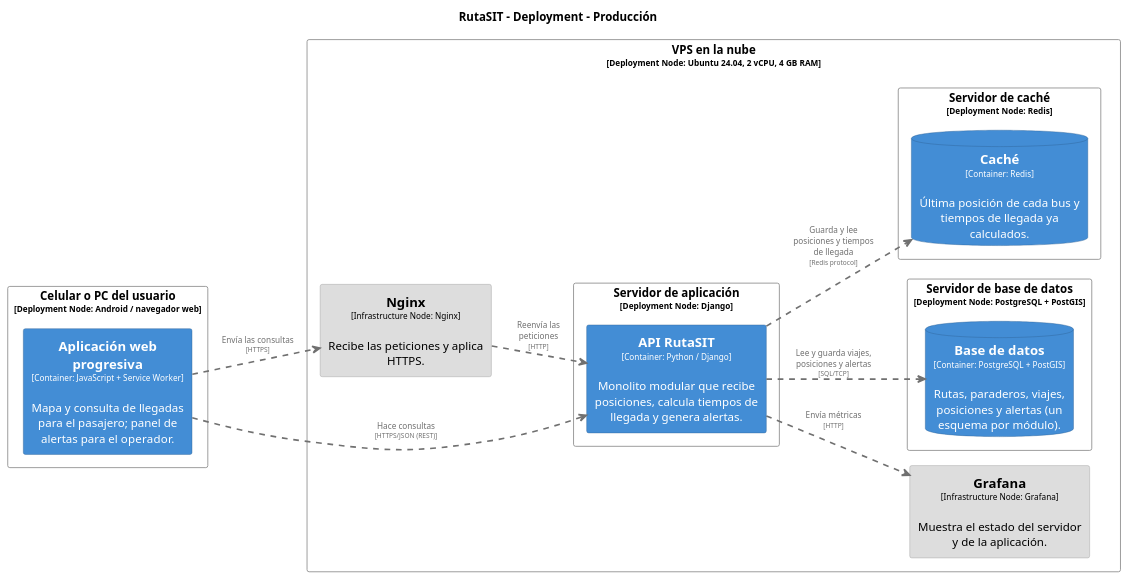
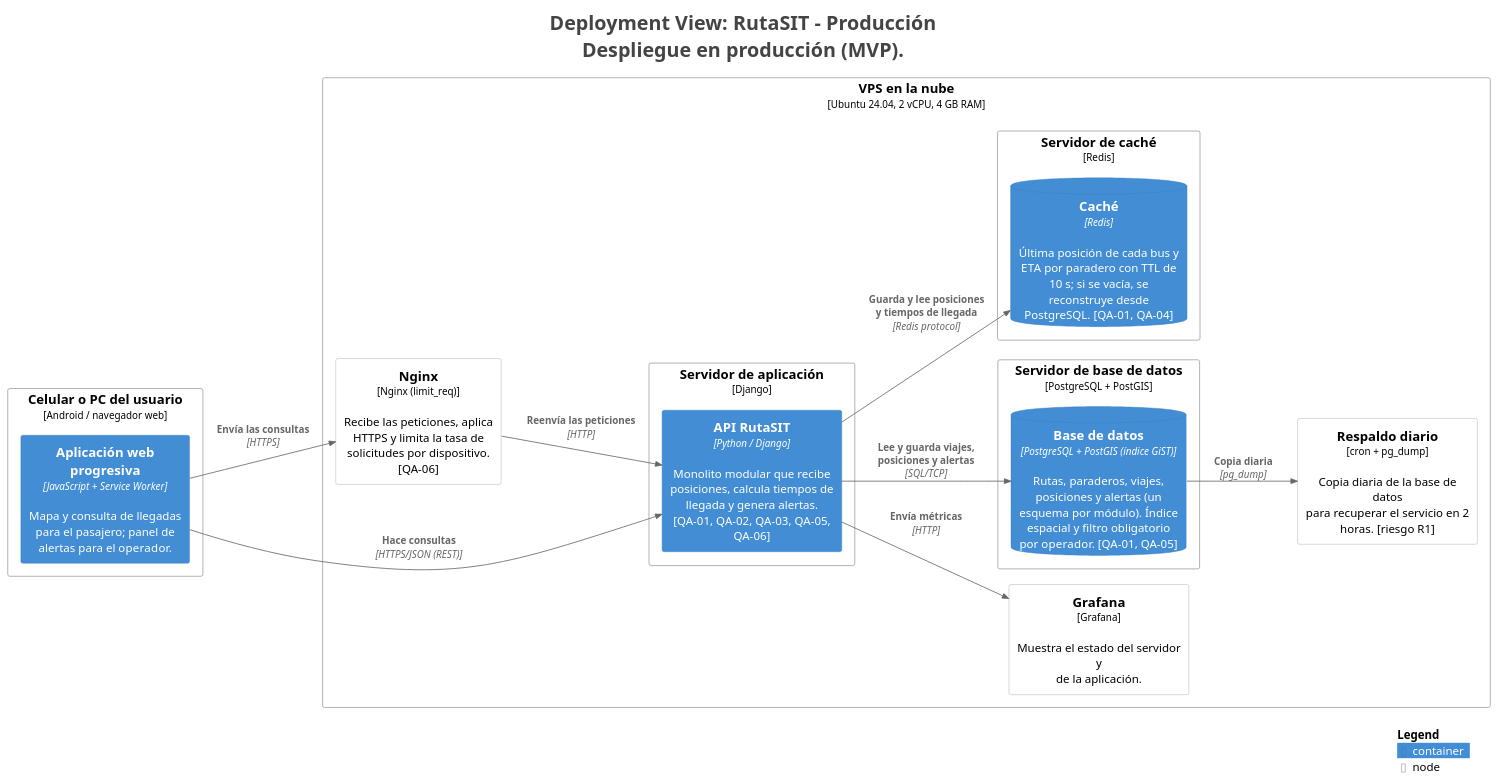
One commit to R0otDrigo/cs-2026b-lab04-grupo06 changed the diagram in docs/architecture/c4/export/structurizr-Despliegue.puml. Above: the diagram before and after it, drawn with PlantUML. The commit also changed 18 other files, not shown here.

```diff
--- a/docs/architecture/c4/export/structurizr-Despliegue.puml
+++ b/docs/architecture/c4/export/structurizr-Despliegue.puml
@@ -1,110 +1,51 @@
 @startuml
+title <size:24>Deployment View: RutaSIT - Producción</size>\n<size:24>Despliegue en producción (MVP).</size>
+
 set separator none
-title RutaSIT - Deployment - Producción
-
 left to right direction
 
-skinparam {
-  arrowFontSize 10
-  defaultTextAlignment center
-  wrapWidth 200
-  maxMessageSize 100
+<style>
+  root {
+    BackgroundColor: #ffffff
+    FontColor: #444444
+  }
+</style>
+
+!include <C4/C4>
+!include <C4/C4_Context>
+!include <C4/C4_Container>
+!include <C4/C4_Deployment>
+
+Deployment_Node(Producción.CelularoPCdelusuario, "Celular o PC del usuario", $type="Android / navegador web", $descr="", $tags="", $link="") {
+  Container(Producción.CelularoPCdelusuario.Aplicaciónwebprogresiva_1, "Aplicación web progresiva", $techn="JavaScript + Service Worker", $descr="Mapa y consulta de llegadas para el pasajero; panel de alertas para el operador.", $tags="", $link="")
 }
 
-hide stereotype
-
-skinparam rectangle<<Producción.VPSenlanube.Servidordeaplicación.APIRutaSIT_1>> {
-  BackgroundColor #438dd5
-  FontColor #ffffff
-  BorderColor #2e6295
-  shadowing false
-}
-skinparam rectangle<<Producción.CelularoPCdelusuario.Aplicaciónwebprogresiva_1>> {
-  BackgroundColor #438dd5
-  FontColor #ffffff
-  BorderColor #2e6295
-  shadowing false
-}
-skinparam database<<Producción.VPSenlanube.Servidordebasededatos.Basededatos_1>> {
-  BackgroundColor #438dd5
-  FontColor #ffffff
-  BorderColor #2e6295
-  shadowing false
-}
-skinparam database<<Producción.VPSenlanube.Servidordecaché.Caché_1>> {
-  BackgroundColor #438dd5
-  FontColor #ffffff
-  BorderColor #2e6295
-  shadowing false
-}
-skinparam rectangle<<Producción.CelularoPCdelusuario>> {
-  BackgroundColor #ffffff
-  FontColor #000000
-  BorderColor #888888
-  shadowing false
-}
-skinparam rectangle<<Producción.VPSenlanube.Grafana>> {
-  BackgroundColor #dddddd
-  FontColor #000000
-  BorderColor #9a9a9a
-  shadowing false
-}
-skinparam rectangle<<Producción.VPSenlanube.Nginx>> {
-  BackgroundColor #dddddd
-  FontColor #000000
-  BorderColor #9a9a9a
-  shadowing false
-}
-skinparam rectangle<<Producción.VPSenlanube.Servidordeaplicación>> {
-  BackgroundColor #ffffff
-  FontColor #000000
-  BorderColor #888888
-  shadowing false
-}
-skinparam rectangle<<Producción.VPSenlanube.Servidordebasededatos>> {
-  BackgroundColor #ffffff
-  FontColor #000000
-  BorderColor #888888
-  shadowing false
-}
-skinparam rectangle<<Producción.VPSenlanube.Servidordecaché>> {
-  BackgroundColor #ffffff
-  FontColor #000000
-  BorderColor #888888
-  shadowing false
-}
-skinparam rectangle<<Producción.VPSenlanube>> {
-  BackgroundColor #ffffff
-  FontColor #000000
-  BorderColor #888888
-  shadowing false
-}
-
-rectangle "Celular o PC del usuario\n<size:10>[Deployment Node: Android / navegador web]</size>" <<Producción.CelularoPCdelusuario>> as Producción.CelularoPCdelusuario {
-  rectangle "==Aplicación web progresiva\n<size:10>[Container: JavaScript + Service Worker]</size>\n\nMapa y consulta de llegadas para el pasajero; panel de alertas para el operador." <<Producción.CelularoPCdelusuario.Aplicaciónwebprogresiva_1>> as Producción.CelularoPCdelusuario.Aplicaciónwebprogresiva_1
-}
-
-rectangle "VPS en la nube\n<size:10>[Deployment Node: Ubuntu 24.04, 2 vCPU, 4 GB RAM]</size>" <<Producción.VPSenlanube>> as Producción.VPSenlanube {
-  rectangle "==Nginx\n<size:10>[Infrastructure Node: Nginx]</size>\n\nRecibe las peticiones y aplica HTTPS." <<Producción.VPSenlanube.Nginx>> as Producción.VPSenlanube.Nginx
-  rectangle "==Grafana\n<size:10>[Infrastructure Node: Grafana]</size>\n\nMuestra el estado del servidor y de la aplicación." <<Producción.VPSenlanube.Grafana>> as Producción.VPSenlanube.Grafana
-  rectangle "Servidor de aplicación\n<size:10>[Deployment Node: Django]</size>" <<Producción.VPSenlanube.Servidordeaplicación>> as Producción.VPSenlanube.Servidordeaplicación {
-    rectangle "==API RutaSIT\n<size:10>[Container: Python / Django]</size>\n\nMonolito modular que recibe posiciones, calcula tiempos de llegada y genera alertas." <<Producción.VPSenlanube.Servidordeaplicación.APIRutaSIT_1>> as Producción.VPSenlanube.Servidordeaplicación.APIRutaSIT_1
+Deployment_Node(Producción.VPSenlanube, "VPS en la nube", $type="Ubuntu 24.04, 2 vCPU, 4 GB RAM", $descr="", $tags="", $link="") {
+  Deployment_Node(Producción.VPSenlanube.Nginx, "Nginx", $type="Nginx (limit_req)", $descr="Recibe las peticiones, aplica HTTPS y limita la tasa de solicitudes por dispositivo. [QA-06]", $tags="", $link="")
+  Deployment_Node(Producción.VPSenlanube.Respaldodiario, "Respaldo diario", $type="cron + pg_dump", $descr="Copia diaria de la base de datos para recuperar el servicio en 2 horas. [riesgo R1]", $tags="", $link="")
+  Deployment_Node(Producción.VPSenlanube.Grafana, "Grafana", $type="Grafana", $descr="Muestra el estado del servidor y de la aplicación.", $tags="", $link="")
+  Deployment_Node(Producción.VPSenlanube.Servidordeaplicación, "Servidor de aplicación", $type="Django", $descr="", $tags="", $link="") {
+    Container(Producción.VPSenlanube.Servidordeaplicación.APIRutaSIT_1, "API RutaSIT", $techn="Python / Django", $descr="Monolito modular que recibe posiciones, calcula tiempos de llegada y genera alertas. [QA-01, QA-02, QA-03, QA-05, QA-06]", $tags="", $link="")
   }
 
-  rectangle "Servidor de base de datos\n<size:10>[Deployment Node: PostgreSQL + PostGIS]</size>" <<Producción.VPSenlanube.Servidordebasededatos>> as Producción.VPSenlanube.Servidordebasededatos {
-    database "==Base de datos\n<size:10>[Container: PostgreSQL + PostGIS]</size>\n\nRutas, paraderos, viajes, posiciones y alertas (un esquema por módulo)." <<Producción.VPSenlanube.Servidordebasededatos.Basededatos_1>> as Producción.VPSenlanube.Servidordebasededatos.Basededatos_1
+  Deployment_Node(Producción.VPSenlanube.Servidordebasededatos, "Servidor de base de datos", $type="PostgreSQL + PostGIS", $descr="", $tags="", $link="") {
+    ContainerDb(Producción.VPSenlanube.Servidordebasededatos.Basededatos_1, "Base de datos", $techn="PostgreSQL + PostGIS (índice GiST)", $descr="Rutas, paraderos, viajes, posiciones y alertas (un esquema por módulo). Índice espacial y filtro obligatorio por operador. [QA-01, QA-05]", $tags="", $link="")
   }
 
-  rectangle "Servidor de caché\n<size:10>[Deployment Node: Redis]</size>" <<Producción.VPSenlanube.Servidordecaché>> as Producción.VPSenlanube.Servidordecaché {
-    database "==Caché\n<size:10>[Container: Redis]</size>\n\nÚltima posición de cada bus y tiempos de llegada ya calculados." <<Producción.VPSenlanube.Servidordecaché.Caché_1>> as Producción.VPSenlanube.Servidordecaché.Caché_1
+  Deployment_Node(Producción.VPSenlanube.Servidordecaché, "Servidor de caché", $type="Redis", $descr="", $tags="", $link="") {
+    ContainerDb(Producción.VPSenlanube.Servidordecaché.Caché_1, "Caché", $techn="Redis", $descr="Última posición de cada bus y ETA por paradero con TTL de 10 s; si se vacía, se reconstruye desde PostgreSQL. [QA-01, QA-04]", $tags="", $link="")
   }
 
 }
 
-Producción.CelularoPCdelusuario.Aplicaciónwebprogresiva_1 .[#707070,thickness=2].> Producción.VPSenlanube.Servidordeaplicación.APIRutaSIT_1 : "<color:#707070>Hace consultas\n<color:#707070><size:8>[HTTPS/JSON (REST)]</size>"
-Producción.VPSenlanube.Servidordeaplicación.APIRutaSIT_1 .[#707070,thickness=2].> Producción.VPSenlanube.Servidordebasededatos.Basededatos_1 : "<color:#707070>Lee y guarda viajes, posiciones y alertas\n<color:#707070><size:8>[SQL/TCP]</size>"
-Producción.VPSenlanube.Servidordeaplicación.APIRutaSIT_1 .[#707070,thickness=2].> Producción.VPSenlanube.Servidordecaché.Caché_1 : "<color:#707070>Guarda y lee posiciones y tiempos de llegada\n<color:#707070><size:8>[Redis protocol]</size>"
-Producción.CelularoPCdelusuario.Aplicaciónwebprogresiva_1 .[#707070,thickness=2].> Producción.VPSenlanube.Nginx : "<color:#707070>Envía las consultas\n<color:#707070><size:8>[HTTPS]</size>"
-Producción.VPSenlanube.Nginx .[#707070,thickness=2].> Producción.VPSenlanube.Servidordeaplicación.APIRutaSIT_1 : "<color:#707070>Reenvía las peticiones\n<color:#707070><size:8>[HTTP]</size>"
-Producción.VPSenlanube.Servidordeaplicación.APIRutaSIT_1 .[#707070,thickness=2].> Producción.VPSenlanube.Grafana : "<color:#707070>Envía métricas\n<color:#707070><size:8>[HTTP]</size>"
+Rel(Producción.CelularoPCdelusuario.Aplicaciónwebprogresiva_1, Producción.VPSenlanube.Servidordeaplicación.APIRutaSIT_1, "Hace consultas", $techn="HTTPS/JSON (REST)", $tags="", $link="")
+Rel(Producción.VPSenlanube.Servidordeaplicación.APIRutaSIT_1, Producción.VPSenlanube.Servidordebasededatos.Basededatos_1, "Lee y guarda viajes, posiciones y alertas", $techn="SQL/TCP", $tags="", $link="")
+Rel(Producción.VPSenlanube.Servidordeaplicación.APIRutaSIT_1, Producción.VPSenlanube.Servidordecaché.Caché_1, "Guarda y lee posiciones y tiempos de llegada", $techn="Redis protocol", $tags="", $link="")
+Rel(Producción.CelularoPCdelusuario.Aplicaciónwebprogresiva_1, Producción.VPSenlanube.Nginx, "Envía las consultas", $techn="HTTPS", $tags="", $link="")
+Rel(Producción.VPSenlanube.Nginx, Producción.VPSenlanube.Servidordeaplicación.APIRutaSIT_1, "Reenvía las peticiones", $techn="HTTP", $tags="", $link="")
+Rel(Producción.VPSenlanube.Servidordeaplicación.APIRutaSIT_1, Producción.VPSenlanube.Grafana, "Envía métricas", $techn="HTTP", $tags="", $link="")
+Rel(Producción.VPSenlanube.Servidordebasededatos.Basededatos_1, Producción.VPSenlanube.Respaldodiario, "Copia diaria", $techn="pg_dump", $tags="", $link="")
+
+SHOW_LEGEND(true)
+hide stereotypes
 @enduml
```
